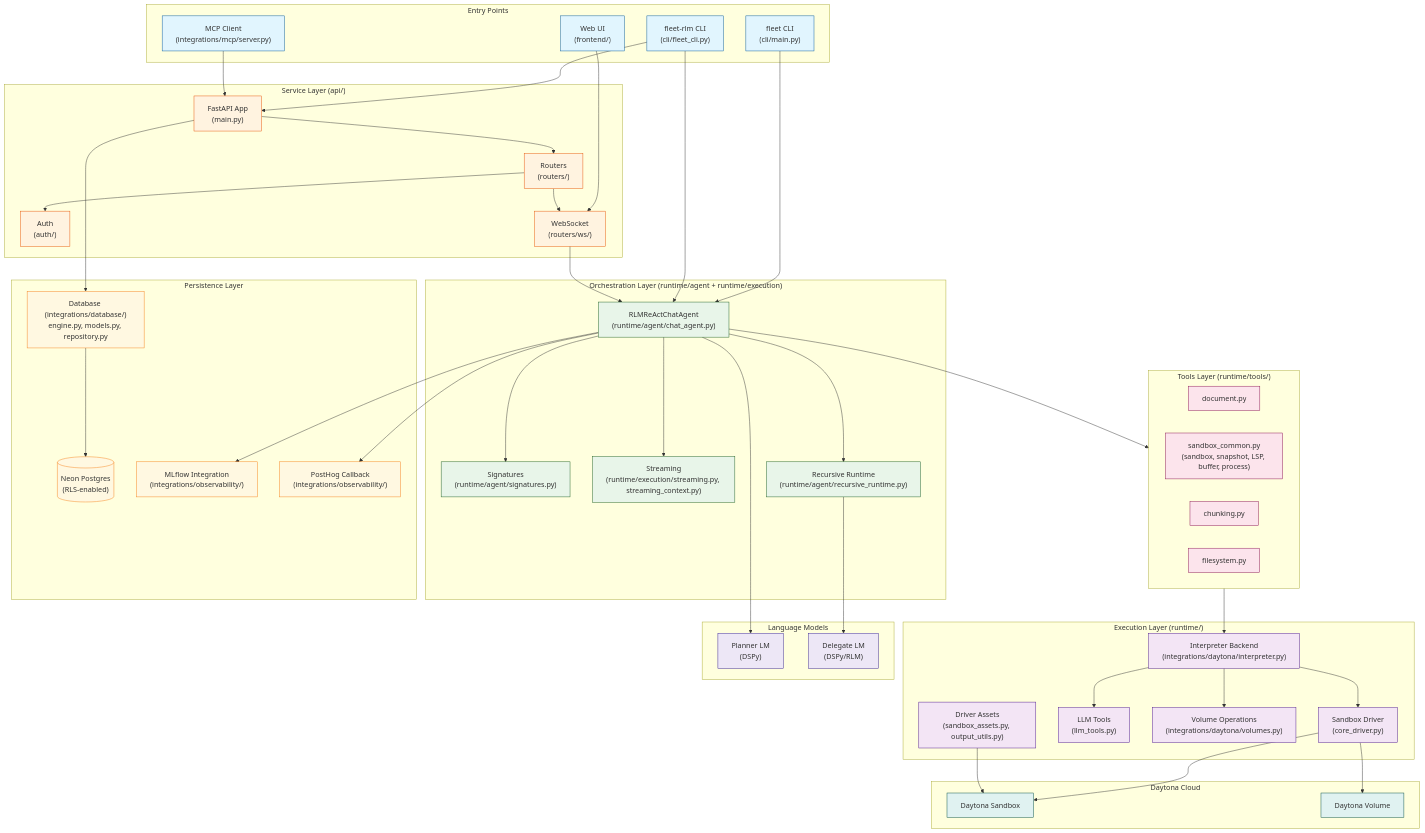
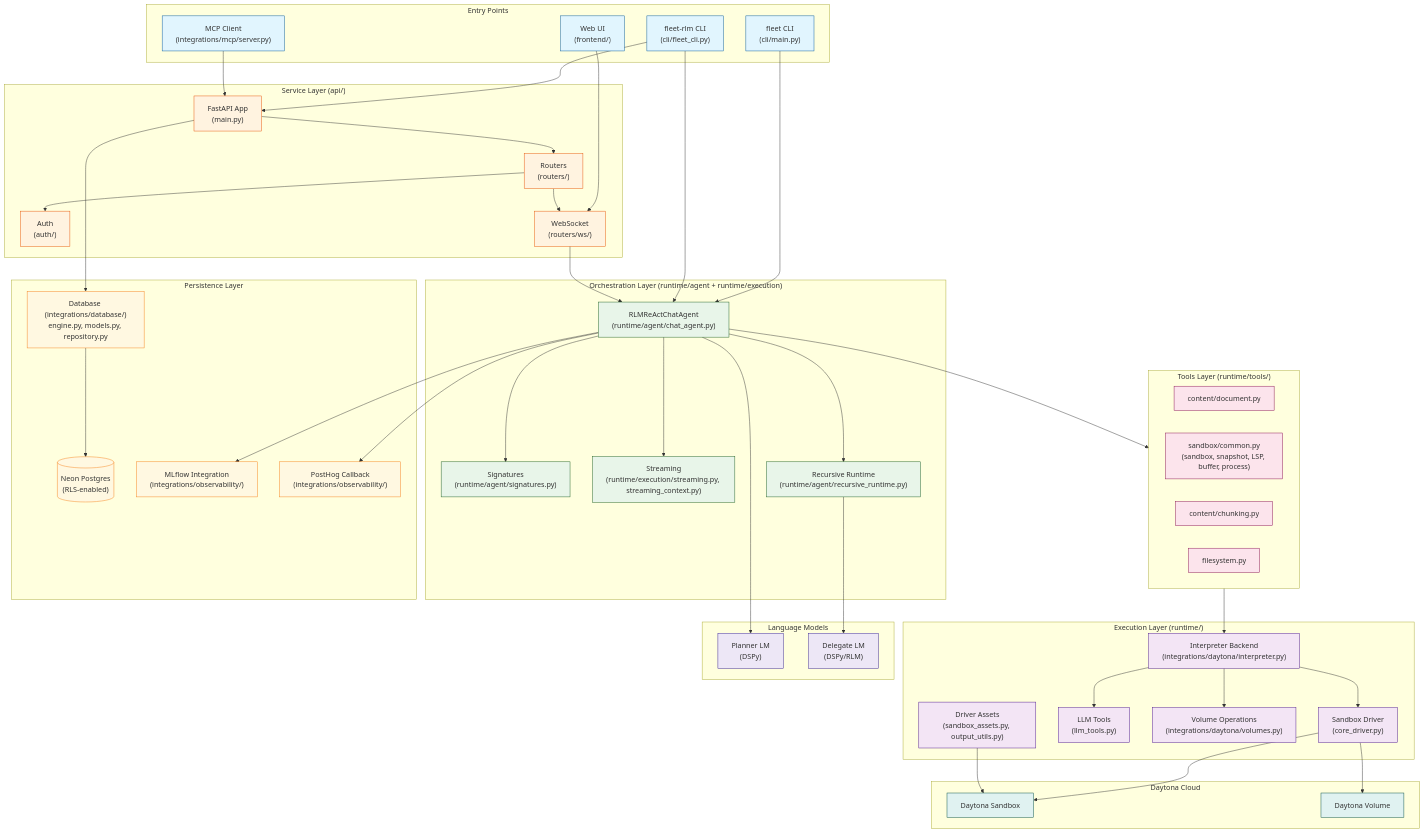
The first of 6 diagrams in docs/architecture.md (Qredence/fleet-rlm), drawn with Mermaid before and after one commit. The commit also changed other lines of this file and 103 other files, not shown here.

```diff
--- a/docs/architecture.md
+++ b/docs/architecture.md
@@ -57,9 +53,9 @@
     end
 
     subgraph TOOLS["Tools Layer (runtime/tools/)"]
-        TOOL_DOCUMENT["document.py"]
-        TOOL_SANDBOX["sandbox_common.py<br/>(sandbox, snapshot, LSP, buffer, process)"]
-        TOOL_CHUNKING["chunking.py"]
+        TOOL_DOCUMENT["content/document.py"]
+        TOOL_SANDBOX["sandbox/common.py<br/>(sandbox, snapshot, LSP, buffer, process)"]
+        TOOL_CHUNKING["content/chunking.py"]
         TOOL_FILESYSTEM["filesystem.py"]
     end
 
```
